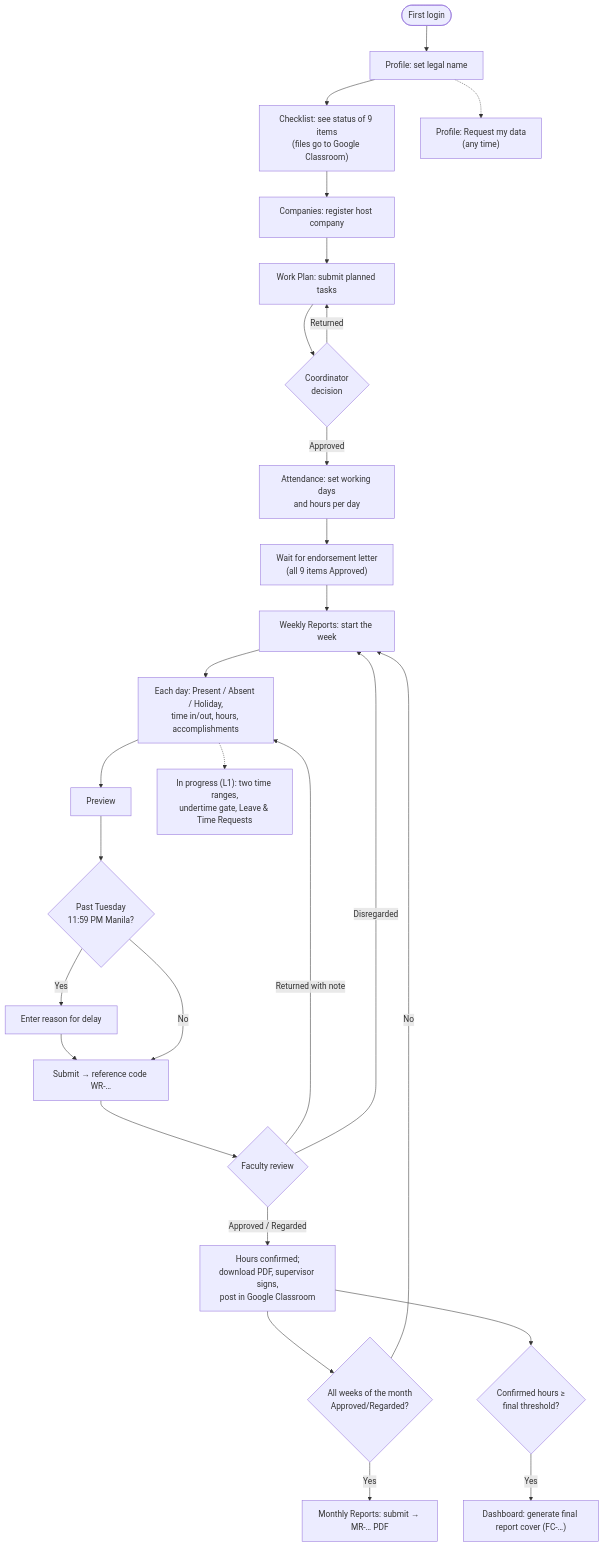
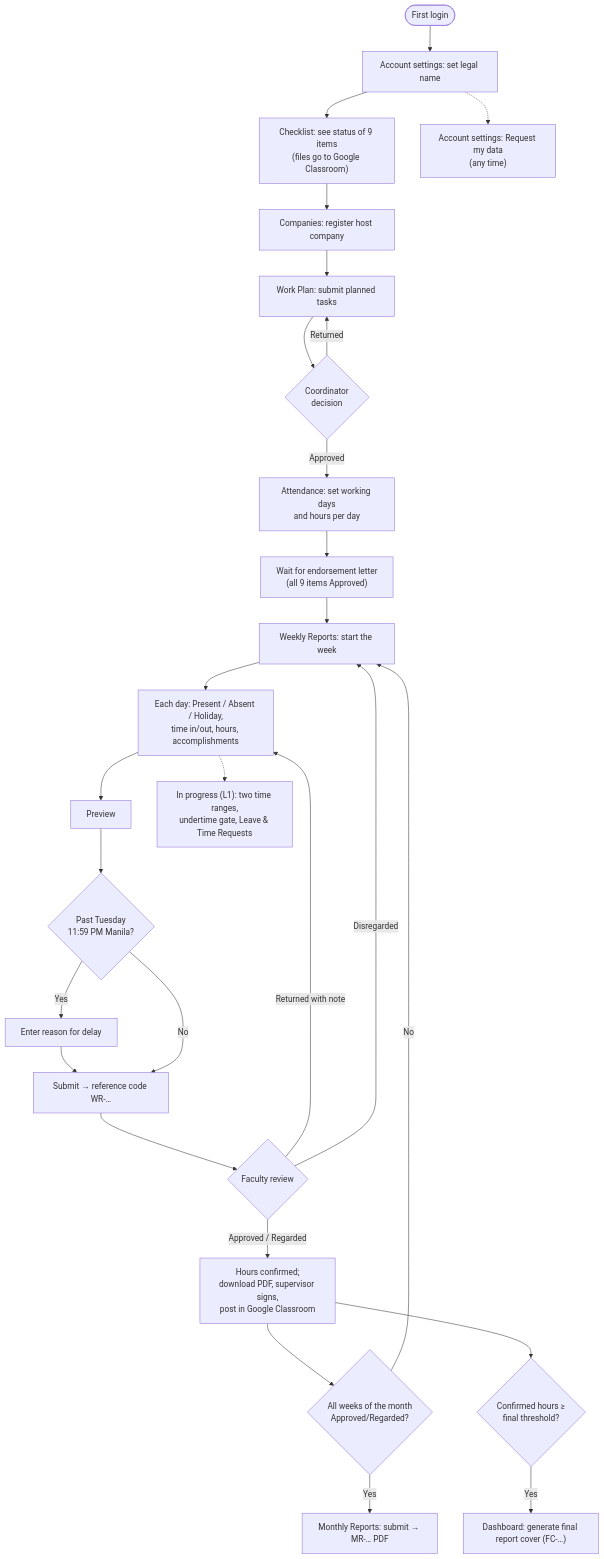
The third of 21 diagrams in docs/system/13-app-flow.md (team-beacon-slu/idsms-cis), drawn with Mermaid before and after one commit. The commit also changed other lines of this file and 54 other files, not shown here.

````diff
--- a/docs/system/13-app-flow.md
+++ b/docs/system/13-app-flow.md
@@ -148,28 +148,28 @@
 ```mermaid
 flowchart TD
-    S0([First login]) --> S1["Profile: set legal name"]
+    S0([First login]) --> S1["Account settings: set legal name"]
     S1 --> S2["Checklist: see status of 9 items<br/>(files go to Google Classroom)"]
     S2 --> S3["Companies: register host company"]
     S3 --> S4["Work Plan: submit planned tasks"]
     S4 --> S5{Coordinator<br/>decision}
     S5 -- Returned --> S4
     S5 -- Approved --> S6["Attendance: set working days<br/>and hours per day"]
     S6 --> S7["Wait for endorsement letter<br/>(all 9 items Approved)"]
     S7 --> W1["Weekly Reports: start the week"]
     W1 --> W2["Each day: Present / Absent / Holiday,<br/>time in/out, hours, accomplishments"]
     W2 --> W3["Preview"]
     W3 --> W4{"Past Tuesday<br/>11:59 PM Manila?"}
     W4 -- Yes --> W5["Enter reason for delay"] --> W6
     W4 -- No --> W6["Submit → reference code WR-…"]
     W6 --> W7{Faculty review}
     W7 -- Returned with note --> W2
     W7 -- Disregarded --> W1
     W7 -- "Approved / Regarded" --> W8["Hours confirmed;<br/>download PDF, supervisor signs,<br/>post in Google Classroom"]
     W8 --> M1{"All weeks of the month<br/>Approved/Regarded?"}
     M1 -- Yes --> M2["Monthly Reports: submit → MR-… PDF"]
     M1 -- No --> W1
     W8 --> FC{"Confirmed hours ≥<br/>final threshold?"}
     FC -- Yes --> FC2["Dashboard: generate final report cover (FC-…)"]
-    S1 -.-> DR["Profile: Request my data<br/>(any time)"]
+    S1 -.-> DR["Account settings: Request my data<br/>(any time)"]
     W2 -.-> L1["In progress (L1): two time ranges,<br/>undertime gate, Leave & Time Requests"]
 ```
````
